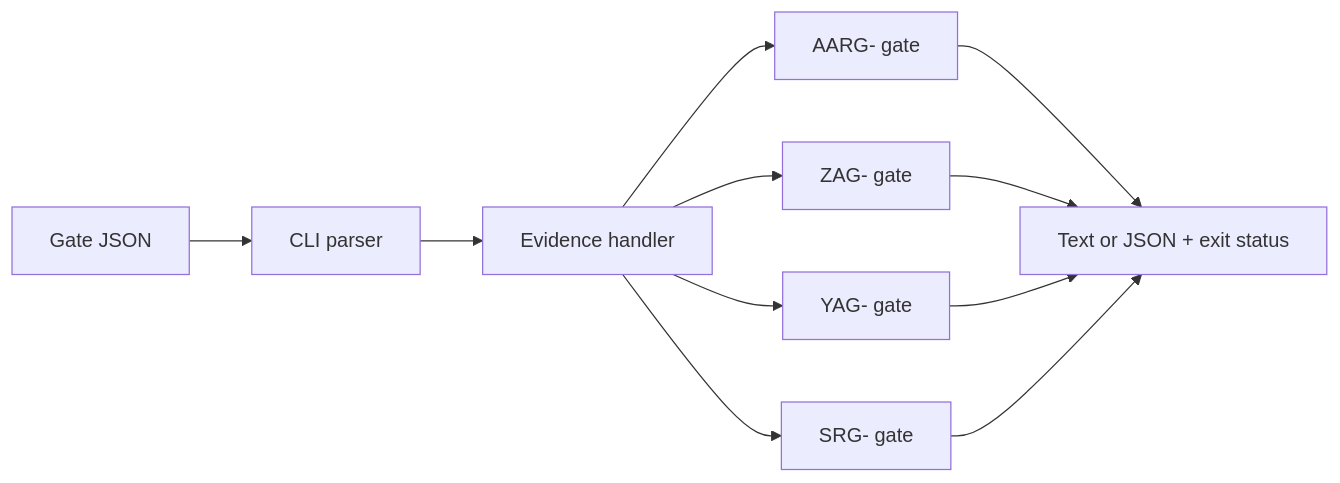
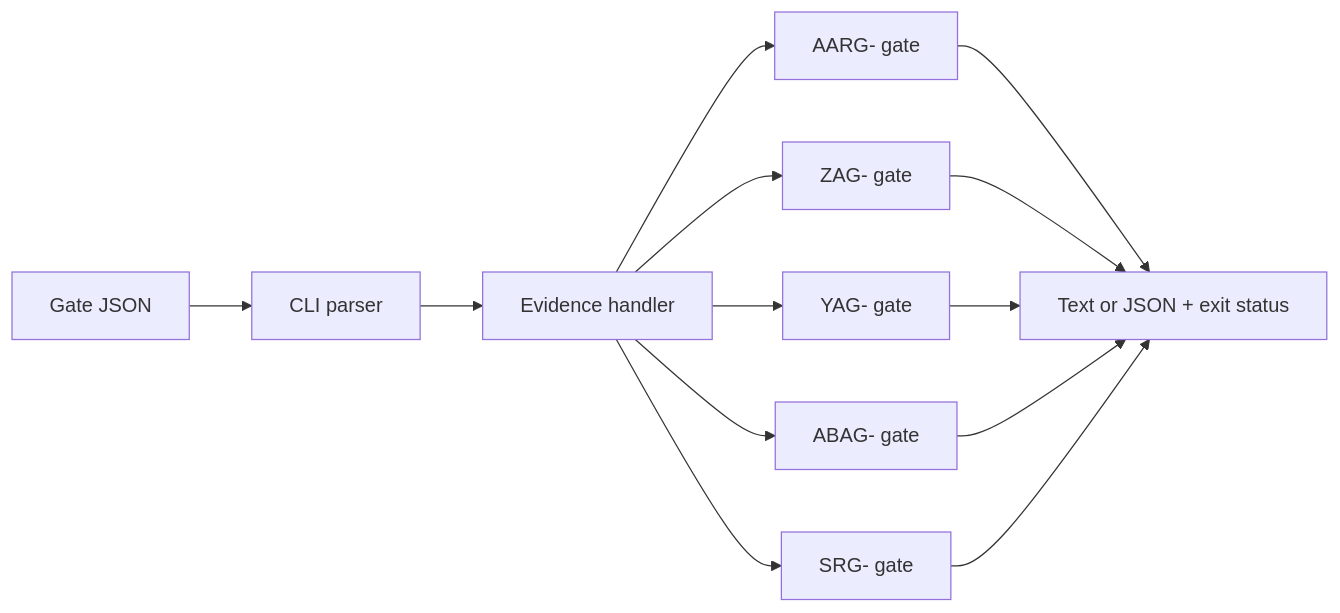
Before and after one commit to Open-Problem-Lab/OpenAMP-Foundry: the first of 2 diagrams in src/openamp_foundry/cli/AGENTS.md, drawn with Mermaid. The commit also changed other lines of this file and 16 other files, not shown here.

````diff
--- a/src/openamp_foundry/cli/AGENTS.md
+++ b/src/openamp_foundry/cli/AGENTS.md
@@ -27,8 +29,9 @@
 ```mermaid
 flowchart LR
   JSON["Gate JSON"] --> Parser["CLI parser"] --> Handler["Evidence handler"]
   Handler --> AARG["AARG- gate"] --> Output["Text or JSON + exit status"]
   Handler --> ZAG["ZAG- gate"] --> Output
   Handler --> YAG["YAG- gate"] --> Output
+  Handler --> ABAG["ABAG- gate"] --> Output
   Handler --> SRG["SRG- gate"] --> Output
 ```
````
